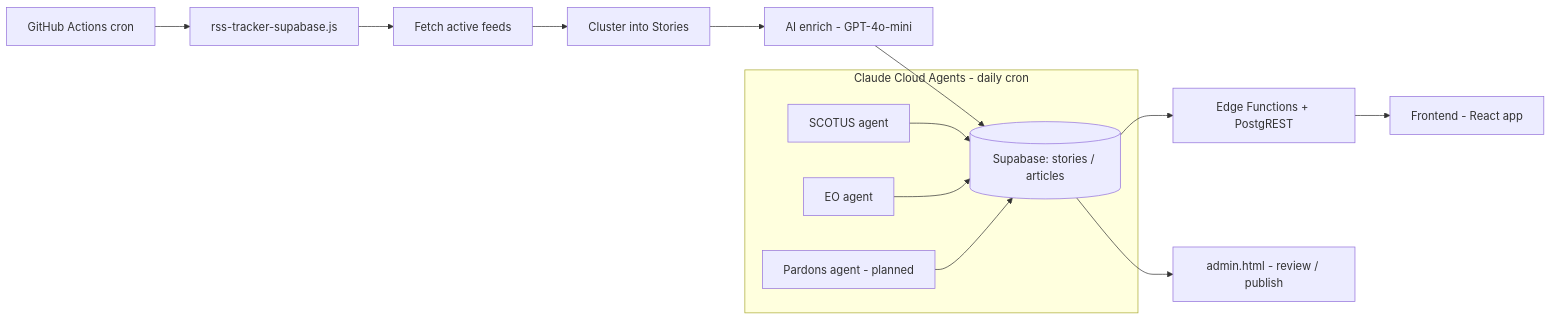
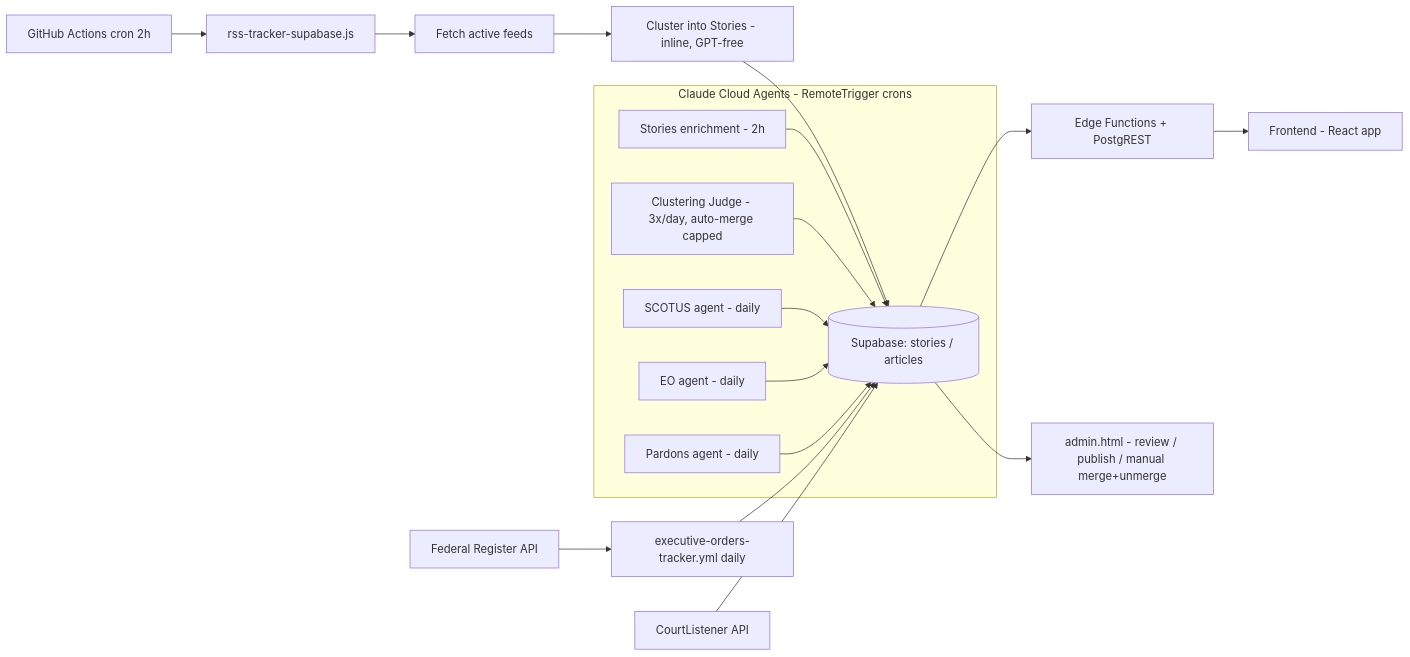
One commit to AJWolfe18/TTracker changed the diagram in docs/ARCHITECTURE.md. Above: the diagram before and after it, drawn with Mermaid. The commit also changed other lines of this file, not shown here.

First line of the commit message:
ARCHITECTURE.md: current-state pipeline map, secret consumers, kill switches

````diff
--- a/docs/ARCHITECTURE.md
+++ b/docs/ARCHITECTURE.md
@@ -10,17 +10,23 @@
 ```mermaid
 flowchart LR
-  A[GitHub Actions cron] --> B[rss-tracker-supabase.js]
+  A[GitHub Actions cron 2h] --> B[rss-tracker-supabase.js]
   B --> C[Fetch active feeds]
-  C --> D[Cluster into Stories]
-  D --> E[AI enrich - GPT-4o-mini]
-  E --> F[(Supabase: stories / articles)]
+  C --> D[Cluster into Stories - inline, GPT-free]
+  D --> F[(Supabase: stories / articles)]
+
+  subgraph Claude Cloud Agents - RemoteTrigger crons
+    ST[Stories enrichment - 2h] --> F
+    J[Clustering Judge - 3x/day, auto-merge capped] --> F
+    S[SCOTUS agent - daily] --> F
+    EO[EO agent - daily] --> F
+    P[Pardons agent - daily] --> F
+  end
+
+  FR[Federal Register API] --> EOT[executive-orders-tracker.yml daily]
+  EOT --> F
+  CL[CourtListener API] --> F
+
   F --> G[Edge Functions + PostgREST]
   G --> H[Frontend - React app]
-  F --> I[admin.html - review / publish]
-
-  subgraph Claude Cloud Agents - daily cron
-    S[SCOTUS agent] --> F
-    EO[EO agent] --> F
-    P[Pardons agent - planned] --> F
-  end
+  F --> I[admin.html - review / publish / manual merge+unmerge]
 ```
````
